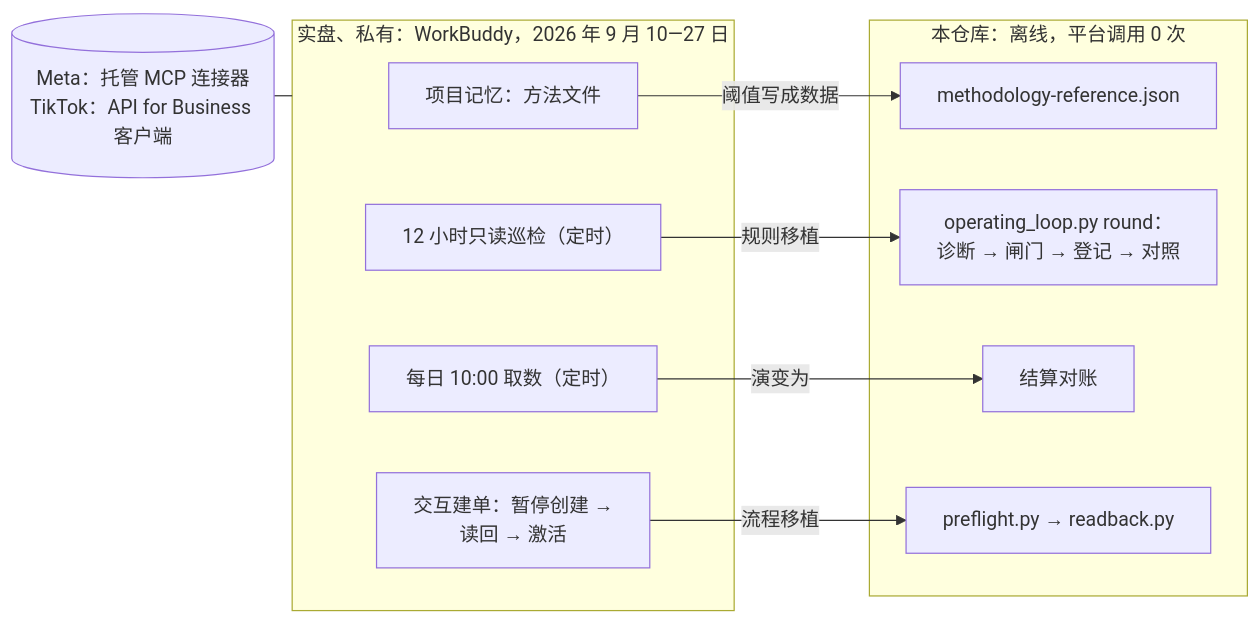
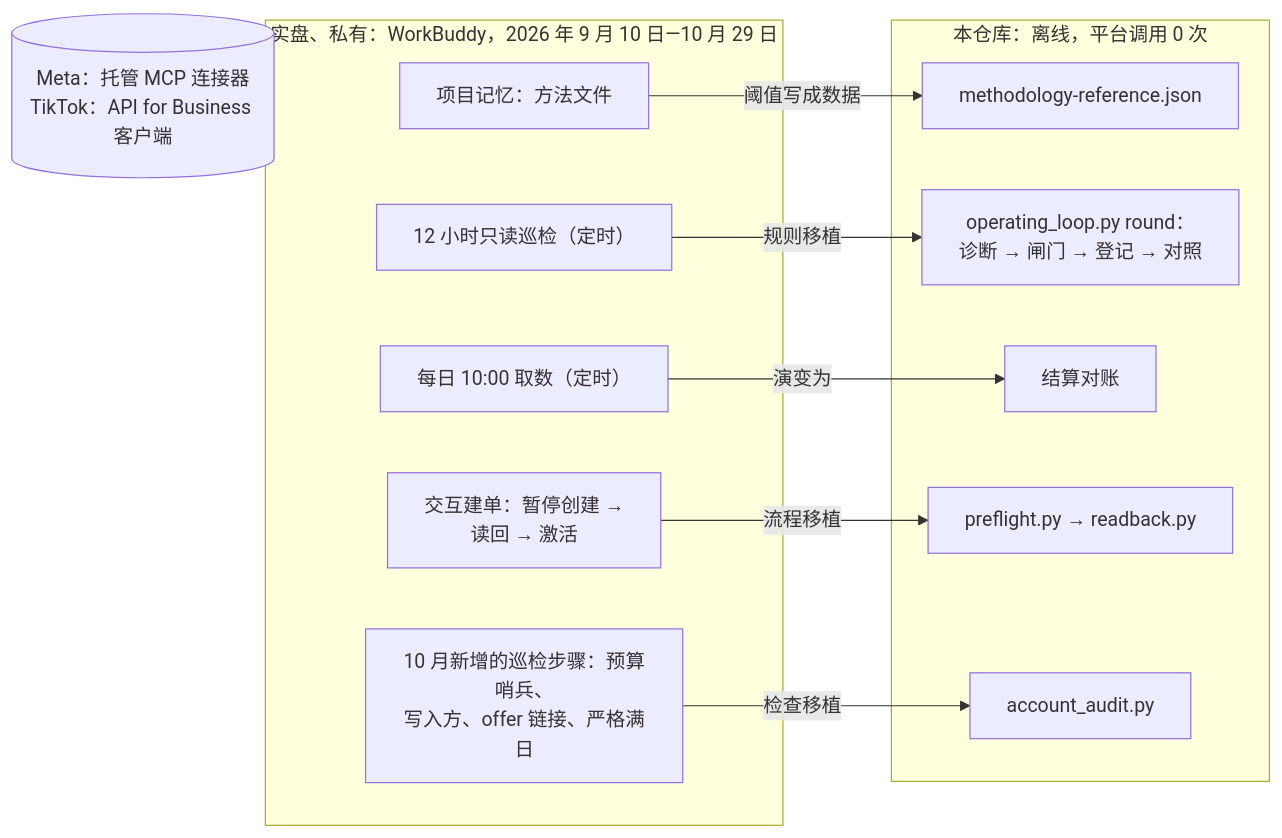
Before and after one commit to creator2000212-crypto/ad-ops-agent: the second of 2 diagrams in README.zh-CN.md, drawn with Mermaid. The commit also changed other lines of this file and 34 other files, not shown here.

````diff
--- a/README.zh-CN.md
+++ b/README.zh-CN.md
@@ -115,20 +124,23 @@
 ```mermaid
 flowchart LR
     conn[("Meta：托管 MCP 连接器<br/>TikTok：API for Business 客户端")] --- live
-    subgraph live["实盘、私有：WorkBuddy，2026 年 9 月 10—27 日"]
+    subgraph live["实盘、私有：WorkBuddy，2026 年 9 月 10 日—10 月 29 日"]
         mem["项目记忆：方法文件"]
         check["12 小时只读巡检（定时）"]
         pull["每日 10:00 取数（定时）"]
         build["交互建单：暂停创建 →<br/>读回 → 激活"]
+        oct["10 月新增的巡检步骤：预算哨兵、<br/>写入方、offer 链接、严格满日"]
     end
     subgraph repo["本仓库：离线，平台调用 0 次"]
         meth["methodology-reference.json"]
         round["operating_loop.py round：<br/>诊断 → 闸门 → 登记 → 对照"]
         recon["结算对账"]
         qa["preflight.py → readback.py"]
+        audit["account_audit.py"]
     end
     mem -- 阈值写成数据 --> meth
     check -- 规则移植 --> round
     pull -- 演变为 --> recon
     build -- 流程移植 --> qa
+    oct -- 检查移植 --> audit
 ```
````
